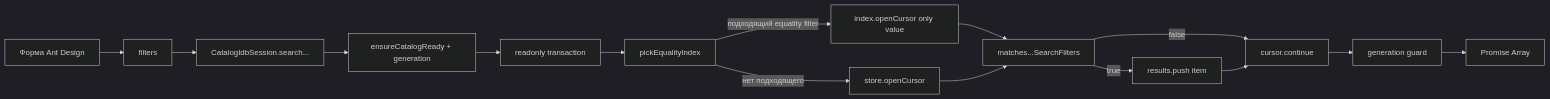
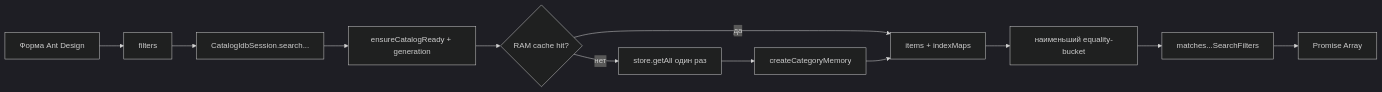
One commit to iscander-b10/tyres_discs changed the first of 2 diagrams in docs/05-catalog-storage/queries-filters-facets.md. Above: the diagram before and after it, drawn with Mermaid (dark theme). The commit also changed other lines of this file and 25 other files, not shown here.

Commit message:
Speed up catalog search by reading RAM cache instead of scanning IndexedDB on every filter change.

````diff
--- a/docs/05-catalog-storage/queries-filters-facets.md
+++ b/docs/05-catalog-storage/queries-filters-facets.md
@@ -39,17 +43,14 @@
 ```mermaid
 flowchart LR
     UI[Форма Ant Design] --> F[filters]
     F --> S[CatalogIdbSession.search...]
     S --> R[ensureCatalogReady + generation]
-    R --> TX[readonly transaction]
-    TX --> P[pickEqualityIndex]
-    P -->|подходящий equality filter| IX[index.openCursor only value]
-    P -->|нет подходящего| SC[store.openCursor]
-    IX --> M[matches...SearchFilters]
-    SC --> M
-    M -->|true| A[results.push item]
-    M -->|false| N[cursor.continue]
-    A --> N
-    N --> G[generation guard]
-    G --> OUT[Promise Array]
+    R --> C{RAM cache hit?}
+    C -->|нет| G[store.getAll один раз]
+    G --> M1[createCategoryMemory]
+    C -->|да| RAM[items + indexMaps]
+    M1 --> RAM
+    RAM --> B[наименьший equality-bucket]
+    B --> M[matches...SearchFilters]
+    M --> OUT[Promise Array]
 ```
````
